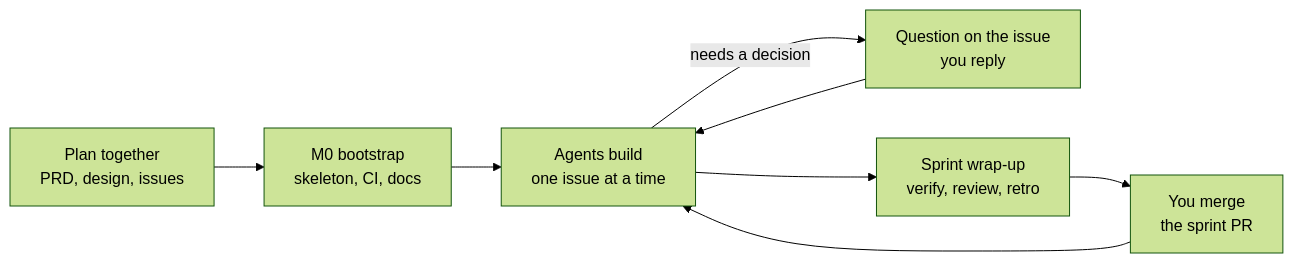
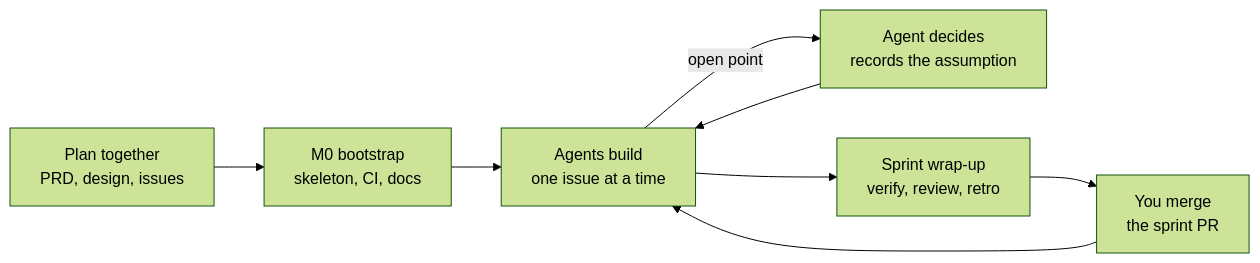
One commit to Wise-394/agentic-workflow-kit changed the diagram in README.md. Above: the diagram before and after it, drawn with Mermaid (forest theme). The commit also changed other lines of this file and 20 other files, not shown here.

````diff
--- a/README.md
+++ b/README.md
@@ -7,10 +7,10 @@
 ```mermaid
 flowchart LR
     P[Plan together<br/>PRD, design, issues] --> B[M0 bootstrap<br/>skeleton, CI, docs]
     B --> I[Agents build<br/>one issue at a time]
-    I -->|needs a decision| Q[Question on the issue<br/>you reply]
-    Q --> I
+    I -->|open point| D[Agent decides<br/>records the assumption]
+    D --> I
     I --> W[Sprint wrap-up<br/>verify, review, retro]
     W --> M[You merge<br/>the sprint PR]
     M --> I
 ```
````
